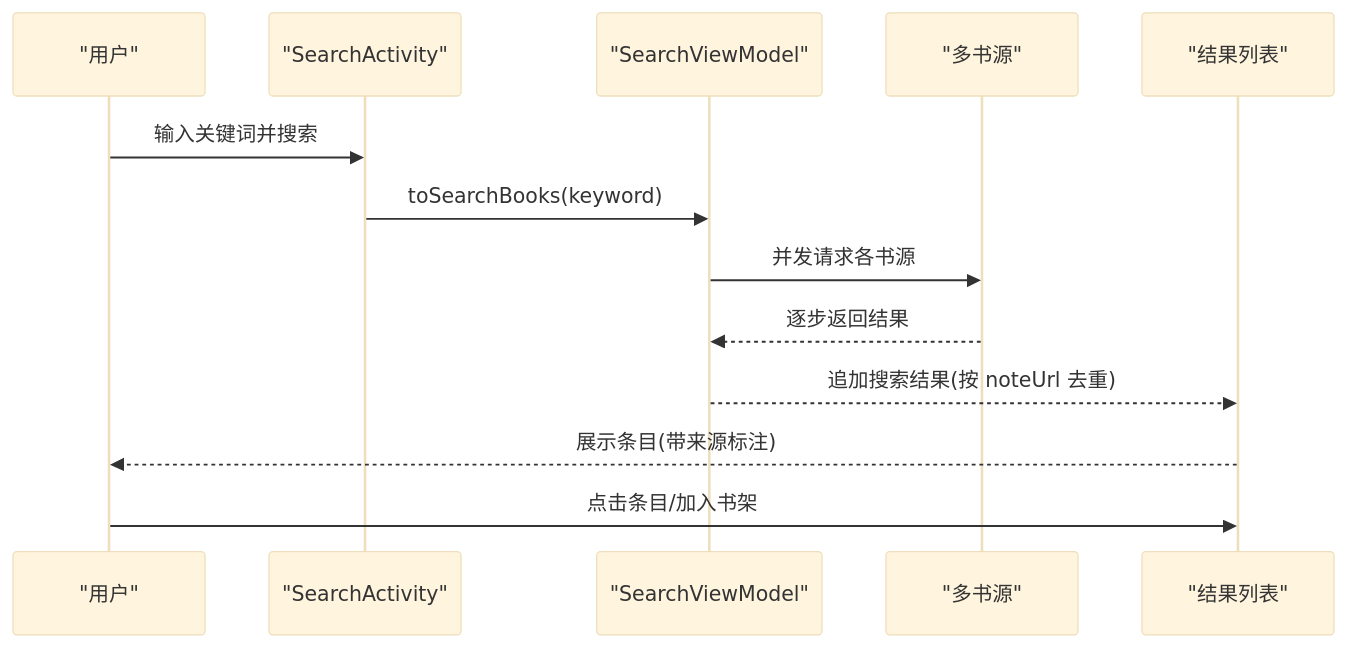
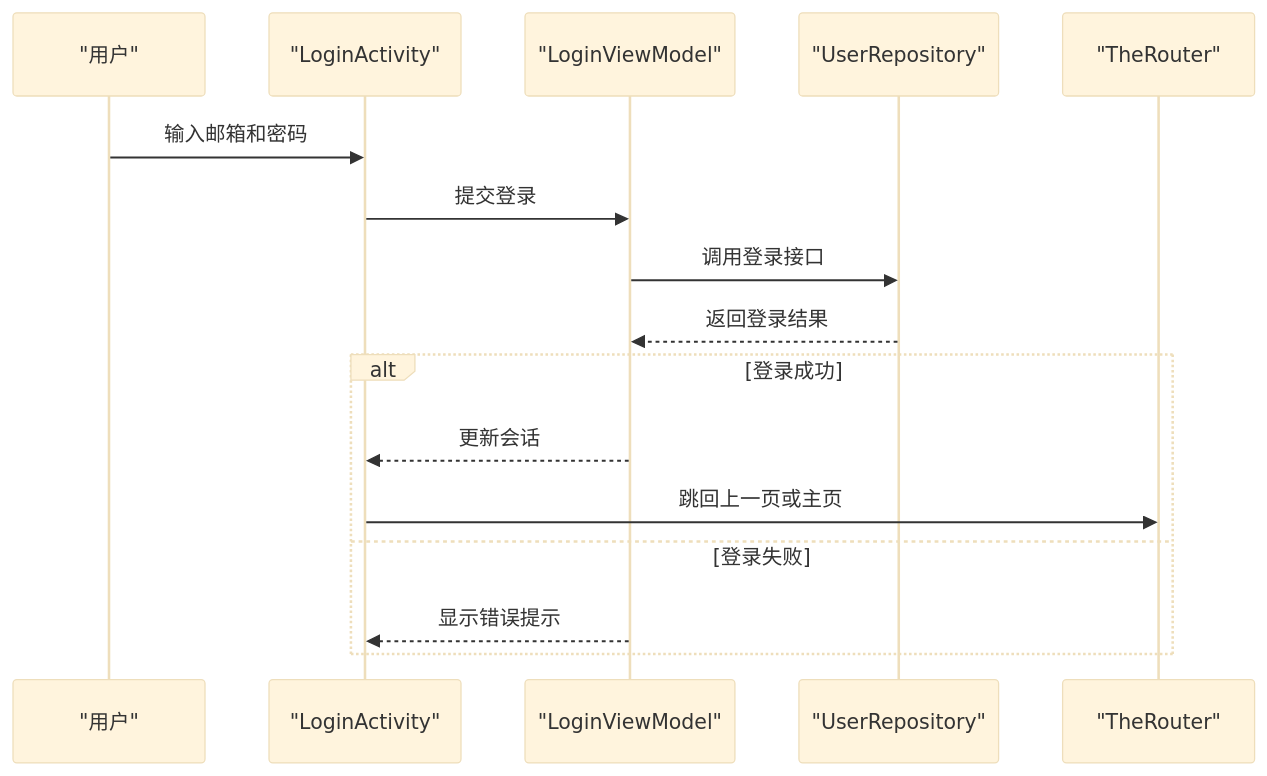
The eighth of 12 diagrams in .qoder/repowiki/zh/content/核心模块/核心模块.md (xrn1997/android-ebook), drawn with Mermaid (base theme) before and after one commit. The commit also changed other lines of this file and 456 other files, not shown here.

````diff
--- a/.qoder/repowiki/zh/content/核心模块/核心模块.md
+++ b/.qoder/repowiki/zh/content/核心模块/核心模块.md
@@ -221,16 +290,19 @@
 ```mermaid
 sequenceDiagram
     participant User as "用户"
-    participant Search as "SearchActivity"
-    participant VM as "SearchViewModel"
-    participant Sources as "多书源"
-    participant List as "结果列表"
+    participant Login as "LoginActivity"
+    participant VM as "LoginViewModel"
+    participant Repo as "UserRepository"
+    participant Router as "TheRouter"
 
-    User->>Search: 输入关键词并搜索
-    Search->>VM: toSearchBooks(keyword)
-    VM->>Sources: 并发请求各书源
-    Sources-->>VM: 逐步返回结果
-    VM-->>List: 追加搜索结果(按 noteUrl 去重)
-    List-->>User: 展示条目(带来源标注)
-    User->>List: 点击条目/加入书架
+    User->>Login: 输入邮箱和密码
+    Login->>VM: 提交登录
+    VM->>Repo: 调用登录接口
+    Repo-->>VM: 返回登录结果
+    alt 登录成功
+        VM-->>Login: 更新会话
+        Login->>Router: 跳回上一页或主页
+    else 登录失败
+        VM-->>Login: 显示错误提示
+    end
 ```
````
